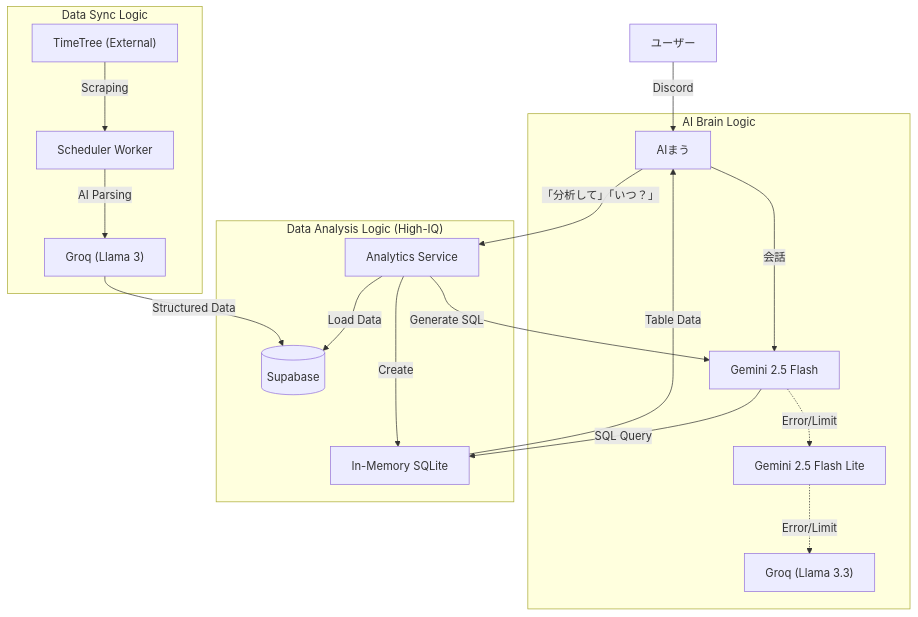
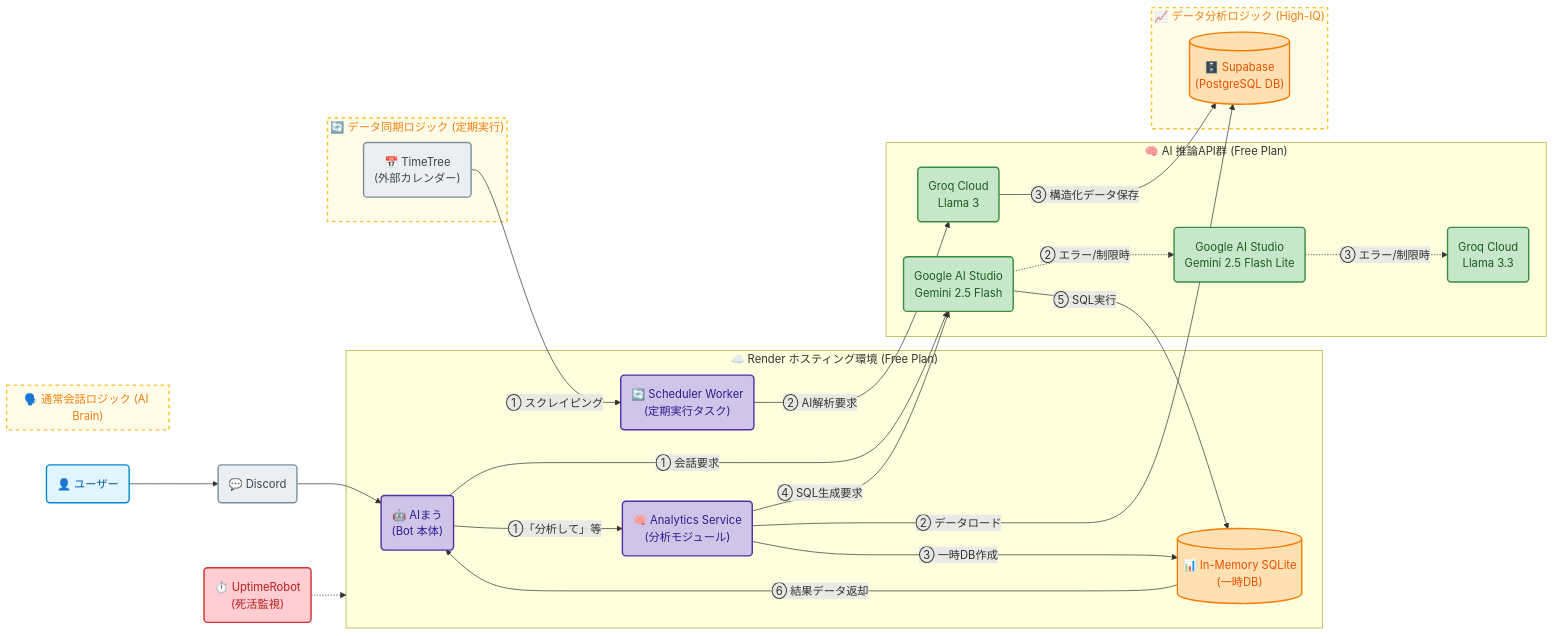
Before and after one commit to kawada612-bit/ai-mau-bot: the diagram in docs/SPEC.md, drawn with Mermaid.

Commit message:
docs: Add initial project specification document (SPEC.md).

````diff
--- a/docs/SPEC.md
+++ b/docs/SPEC.md
@@ -7,26 +7,75 @@
 ```mermaid
-graph TD
-    User["ユーザー"] -->|Discord| Bot["AIまう"]
+graph LR
+    %% --- スタイル定義 ---
+    classDef default fill:#f9f9f9,stroke:#333,stroke-width:1px;
+    classDef user fill:#e1f5fe,stroke:#0288d1,stroke-width:2px,color:#01579b;
+    classDef bot fill:#d1c4e9,stroke:#512da8,stroke-width:2px,color:#311b92;
+    classDef logicGroup fill:#fffde7,stroke:#fbc02d,stroke-width:2px,color:#f57f17,stroke-dasharray: 5 5;
+    classDef ai fill:#c8e6c9,stroke:#388e3c,stroke-width:2px,color:#1b5e20;
+    classDef db fill:#ffe0b2,stroke:#f57c00,stroke-width:2px,color:#e65100,shape:cylinder;
+    classDef external fill:#eceff1,stroke:#78909c,stroke-width:2px,color:#37474f;
+    classDef monitor fill:#ffcdd2,stroke:#d32f2f,stroke-width:2px,color:#b71c1c;
+    classDef errorNote fill:#ff5252,stroke:#d50000,color:#fff,font-weight:bold,stroke-width:2px;
+
+    %% --- ノード定義 ---
+    User("👤 ユーザー"):::user
+    Discord("💬 Discord"):::external
+    UptimeRobot("⏱️ UptimeRobot<br>(死活監視)"):::monitor
     
-    subgraph "AI Brain Logic"
-        Bot -->|"会話"| GeminiMain["Gemini 2.5 Flash"]
-        GeminiMain -.->|"Error/Limit"| GeminiSub["Gemini 2.5 Flash Lite"]
-        GeminiSub -.->|"Error/Limit"| Groq["Groq (Llama 3.3)"]
-    end
-    
-    subgraph "Data Analysis Logic (High-IQ)"
-        Bot -->|"「分析して」「いつ？」"| Analytics["Analytics Service"]
-        Analytics -->|"Load Data"| DB[("Supabase")]
-        Analytics -->|"Create"| SQLite["In-Memory SQLite"]
-        Analytics -->|"Generate SQL"| GeminiMain
-        GeminiMain -->|"SQL Query"| SQLite
-        SQLite -->|"Table Data"| Bot
+    %% Renderホスティング環境
+    subgraph RenderHost ["☁️ Render ホスティング環境 (Free Plan)"]
+        Bot("🤖 AIまう<br>(Bot 本体)"):::bot
+        Worker("🔄 Scheduler Worker<br>(定期実行タスク)"):::bot
+        Analytics("🧠 Analytics Service<br>(分析モジュール)"):::bot
+        SQLite[("📊 In-Memory SQLite<br>(一時DB)")]:::db
     end
 
-    subgraph "Data Sync Logic"
-        %% ここが今回のエラー原因でした
-        TimeTree["TimeTree (External)"] -->|"Scraping"| Worker["Scheduler Worker"]
-        Worker -->|"AI Parsing"| GroqWorker["Groq (Llama 3)"]
-        GroqWorker -->|"Structured Data"| DB
+    %% 外部AIサービス群
+    subgraph AI_Services ["🧠 AI 推論API群 (Free Plan)"]
+        GeminiMain("Google AI Studio<br>Gemini 2.5 Flash"):::ai
+        GeminiSub("Google AI Studio<br>Gemini 2.5 Flash Lite"):::ai
+        GroqAI("Groq Cloud<br>Llama 3.3"):::ai
+        GroqWorker("Groq Cloud<br>Llama 3"):::ai
     end
+
+    %% 外部データベース・他サービス
+    DB[("🗄️ Supabase<br>(PostgreSQL DB)")]:::db
+    TimeTree("📅 TimeTree<br>(外部カレンダー)"):::external
+
+    %% --- フロー接続 ---
+    
+    %% 監視
+    UptimeRobot -.-> RenderHost
+
+    %% メインエントリー
+    User --> Discord --> Bot
+
+    %% === ロジックフロー ===
+
+    %% 1. 通常会話ロジック
+    subgraph Logic_Brain ["🗣️ 通常会話ロジック (AI Brain)"]
+        Bot -->|"① 会話要求"| GeminiMain
+        GeminiMain -.->|"② エラー/制限時"| GeminiSub
+        GeminiSub -.->|"③ エラー/制限時"| GroqAI
+    end
+
+    %% 2. データ分析ロジック
+    subgraph Logic_Analysis ["📈 データ分析ロジック (High-IQ)"]
+        Bot -->|"①「分析して」等"| Analytics
+        Analytics -->|"② データロード"| DB
+        Analytics -->|"③ 一時DB作成"| SQLite
+        Analytics -->|"④ SQL生成要求"| GeminiMain
+        GeminiMain -->|"⑤ SQL実行"| SQLite
+        SQLite -->|"⑥ 結果データ返却"| Bot
+    end
+
+    %% 3. データ同期ロジック
+    subgraph Logic_Sync ["🔄 データ同期ロジック (定期実行)"]
+        TimeTree -->|"① スクレイピング"| Worker
+        Worker -->|"② AI解析要求"| GroqWorker
+        GroqWorker -->|"③ 構造化データ保存"| DB
+    end
+
+    %% サブグラフのスタイル適用
+    class Logic_Brain,Logic_Analysis,Logic_Sync logicGroup;
 ```
````
